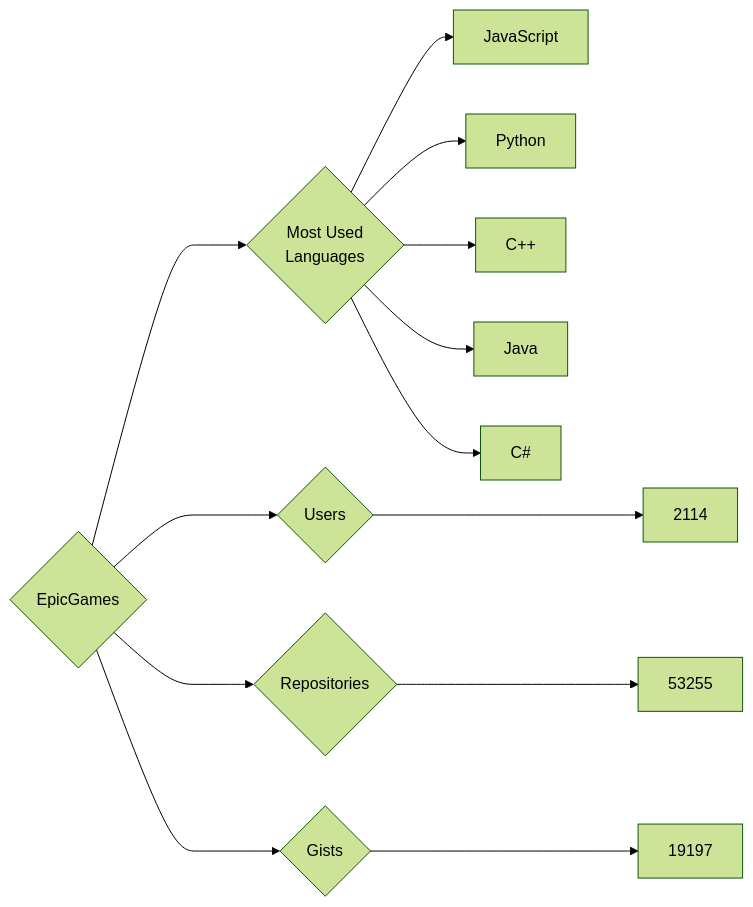
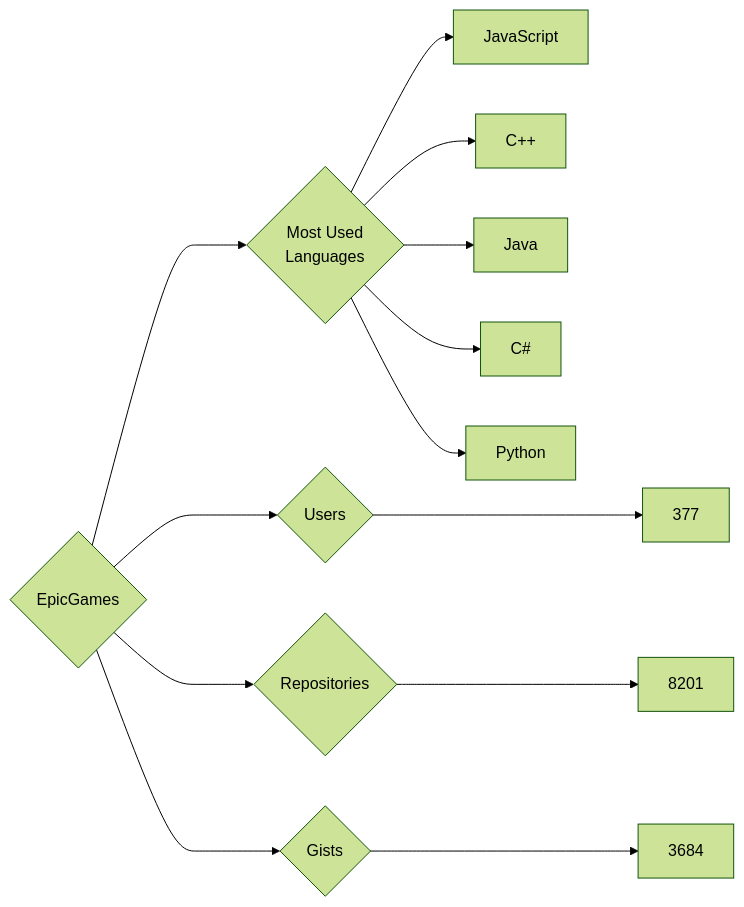
Before and after one commit to trickest/insiders: the diagram in targets/EpicGames/README.md, drawn with Mermaid (forest theme). The commit also changed 681 other files, not shown here.

````diff
--- a/targets/EpicGames/README.md
+++ b/targets/EpicGames/README.md
@@ -3,13 +3,13 @@
 ```mermaid
 graph LR
 COMPANY_NAME{EpicGames}
-COMPANY_NAME ---> U{Users} ---> UN[2114]
-COMPANY_NAME ---> R{Repositories} ---> RN[53255]
-COMPANY_NAME ---> G{Gists} ---> GN[19197]
+COMPANY_NAME ---> U{Users} ---> UN[377]
+COMPANY_NAME ---> R{Repositories} ---> RN[8201]
+COMPANY_NAME ---> G{Gists} ---> GN[3684]
 COMPANY_NAME ---> ML{Most Used<br>Languages}
 ML --> JavaScript[JavaScript]
-ML --> Python[Python]
 ML --> C++[C++]
 ML --> Java[Java]
 ML --> C#[C#]
+ML --> Python[Python]
 ```
````
